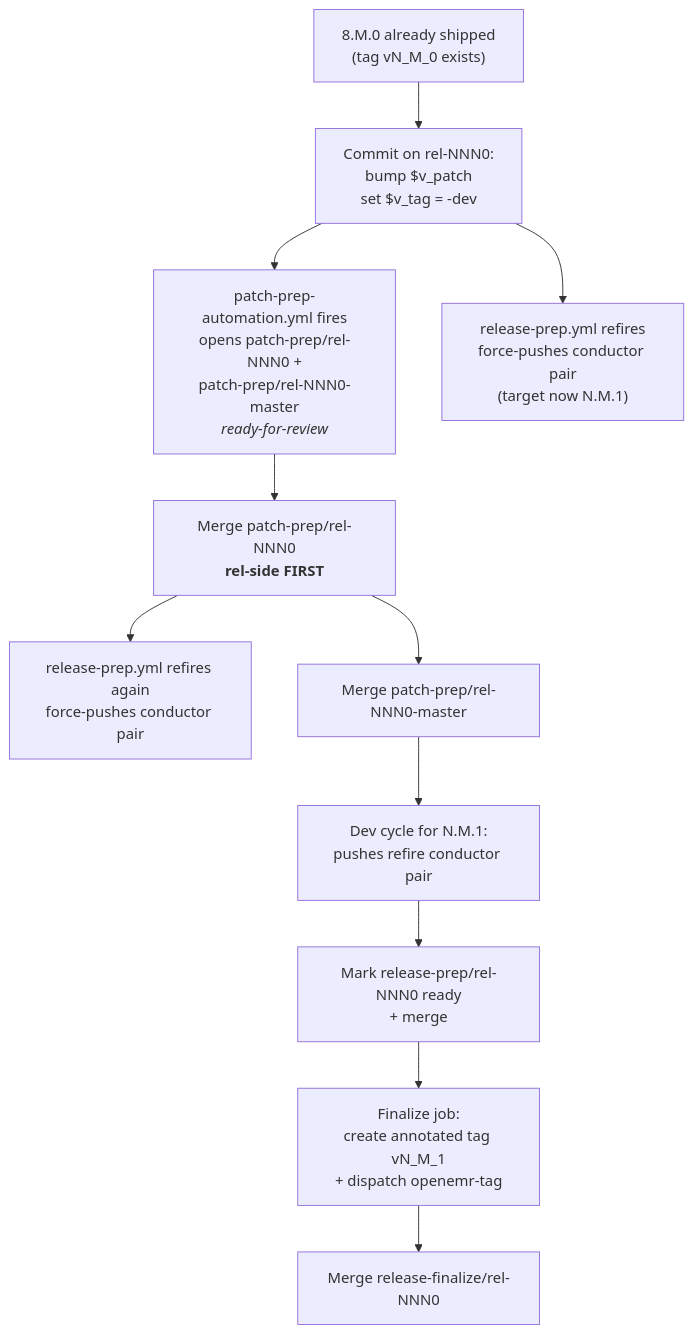
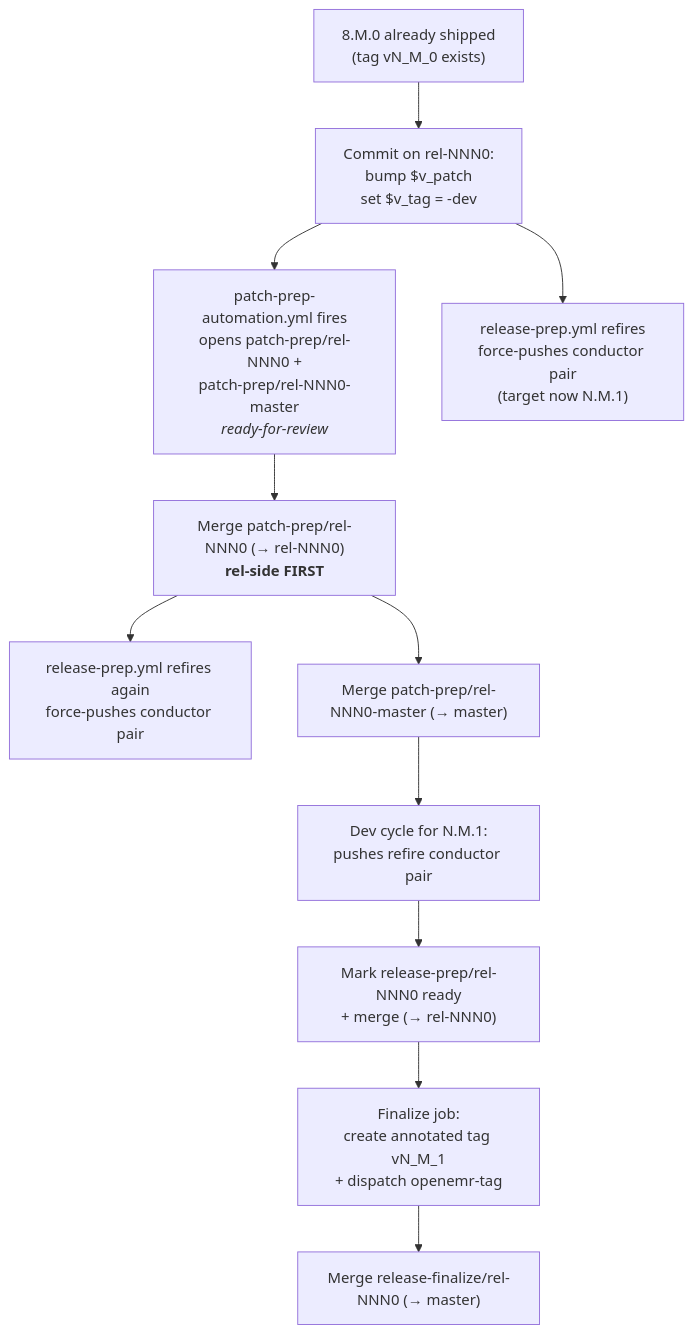
One commit to openemr/openemr changed the second of 2 diagrams in docs/release-automation-plan.md. Above: the diagram before and after it, drawn with Mermaid. The commit also changed other lines of this file, not shown here.

First line of the commit message:
docs(release): add explicit target hints for release-finalize

````diff
--- a/docs/release-automation-plan.md
+++ b/docs/release-automation-plan.md
@@ -379,14 +379,14 @@
 ```mermaid
 flowchart TD
     A["8.M.0 already shipped<br/>(tag vN_M_0 exists)"]
     A --> B["Commit on rel-NNN0:<br/>bump $v_patch<br/>set $v_tag = -dev"]
     B --> C["patch-prep-automation.yml fires<br/>opens patch-prep/rel-NNN0 +<br/>patch-prep/rel-NNN0-master<br/><i>ready-for-review</i>"]
     B --> D["release-prep.yml refires<br/>force-pushes conductor pair<br/>(target now N.M.1)"]
-    C --> E["Merge patch-prep/rel-NNN0<br/><b>rel-side FIRST</b>"]
+    C --> E["Merge patch-prep/rel-NNN0 (→ rel-NNN0)<br/><b>rel-side FIRST</b>"]
     E --> F["release-prep.yml refires again<br/>force-pushes conductor pair"]
-    E --> G["Merge patch-prep/rel-NNN0-master"]
+    E --> G["Merge patch-prep/rel-NNN0-master (→ master)"]
     G --> H["Dev cycle for N.M.1:<br/>pushes refire conductor pair"]
-    H --> I["Mark release-prep/rel-NNN0 ready<br/>+ merge"]
+    H --> I["Mark release-prep/rel-NNN0 ready<br/>+ merge (→ rel-NNN0)"]
     I --> J["Finalize job:<br/>create annotated tag vN_M_1<br/>+ dispatch openemr-tag"]
-    J --> K["Merge release-finalize/rel-NNN0"]
+    J --> K["Merge release-finalize/rel-NNN0 (→ master)"]
 ```
````
